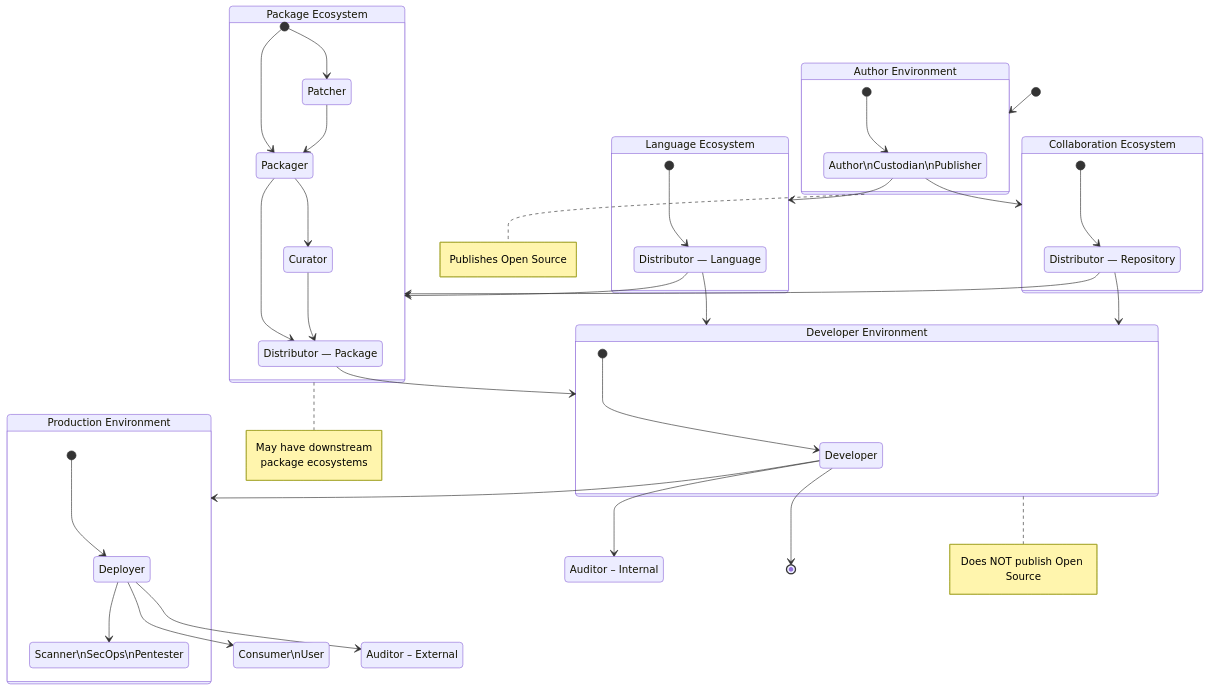
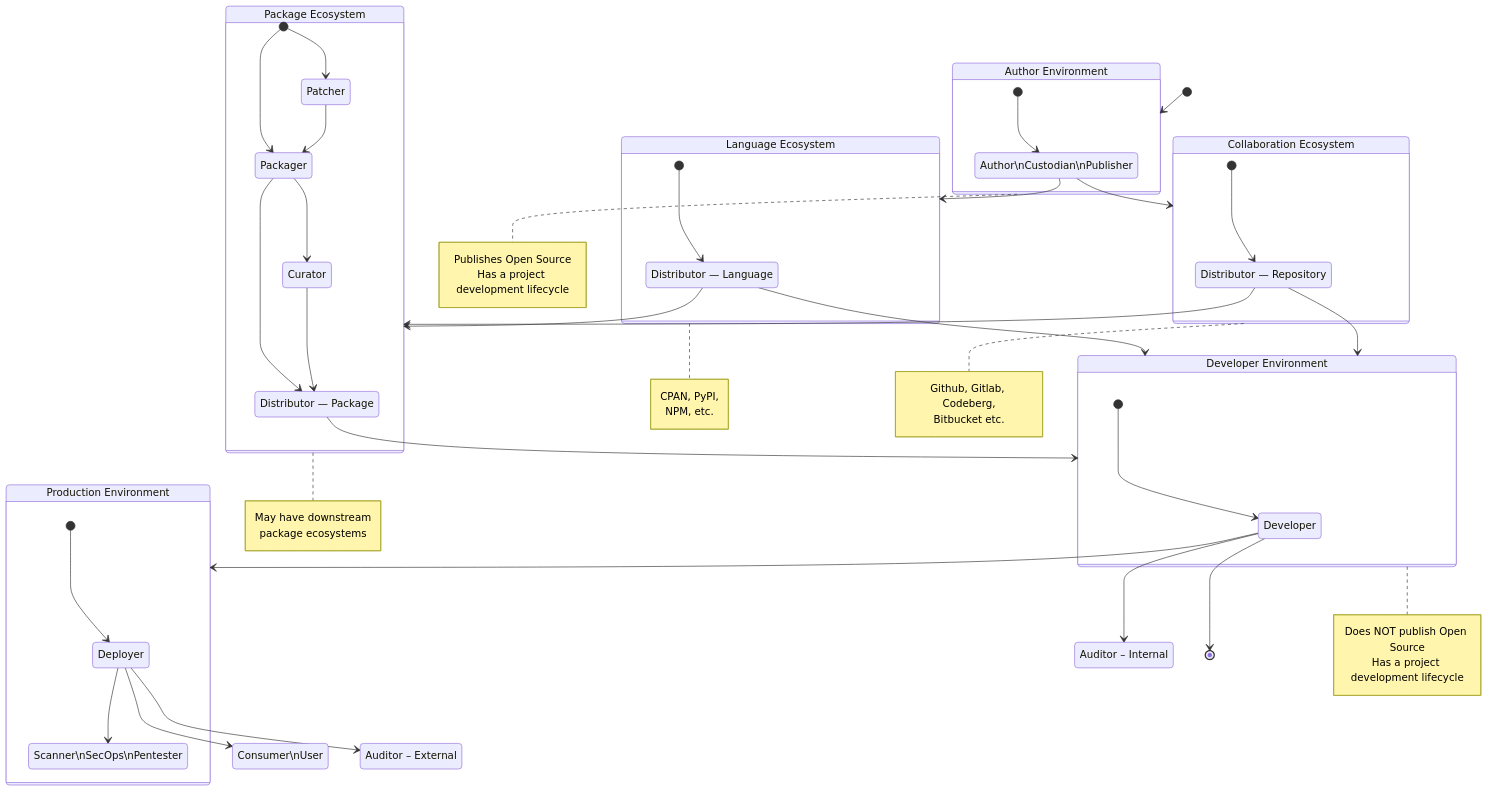
Before and after one commit to CPAN-Security/security.metacpan.org: the diagram in sbom/README.md, drawn with Mermaid. The commit also changed other lines of this file, not shown here.

Commit message:
Add a few notes for the major stages

```diff
--- a/sbom/README.md
+++ b/sbom/README.md
@@ -39,65 +39,78 @@
     state "Auditor – Internal" as auditor_internal
     state "Auditor – External" as auditor_external
 
-	[*] --> ecosystem_author
+    [*] --> ecosystem_author
 
-	state "Author Environment" as ecosystem_author {
-    	[*] --> author
+    state "Author Environment" as ecosystem_author {
+        [*] --> author
     }
 
     author --> ecosystem_repo
     author --> ecosystem_lang
 
-	note right of ecosystem_author
-		Publishes Open Source
-	end note
+    note right of ecosystem_author
+        Publishes Open Source
+        Has a project development lifecycle
+    end note
 
     state "Language Ecosystem" as ecosystem_lang {
-    	[*] --> distributor_lang
+        [*] --> distributor_lang
     }
 
-	distributor_lang --> ecosystem_developer
-	distributor_lang --> ecosystem_package
+    distributor_lang --> ecosystem_developer
+    distributor_lang --> ecosystem_package
 
-	state "Collaboration Ecosystem" as ecosystem_repo {
-		[*] --> distributor_repo
-	}
+    note right of ecosystem_lang
+        CPAN, PyPI,
+        NPM, etc.
+    end note
 
-   	distributor_repo --> ecosystem_package
+    state "Collaboration Ecosystem" as ecosystem_repo {
+        [*] --> distributor_repo
+    }
+
+    distributor_repo --> ecosystem_package
     distributor_repo --> ecosystem_developer
 
-	state "Package Ecosystem" as ecosystem_package {
-		[*] --> patcher
-		[*] --> packager
-    	patcher --> packager
-    	packager --> curator
-    	packager --> distributor_package
-    	curator --> distributor_package
-	}
+    note right of ecosystem_repo
+        Github, Gitlab, Codeberg,
+        Bitbucket etc.
+    end note
 
-	note right of ecosystem_package
-		May have downstream
-		package ecosystems
-	end note
+    state "Package Ecosystem" as ecosystem_package {
+        [*] --> patcher
+        [*] --> packager
+        patcher --> packager
+        packager --> curator
+        packager --> distributor_package
+        curator --> distributor_package
+    }
+
+    note right of ecosystem_package
+        May have downstream
+        package ecosystems
+    end note
 
     distributor_package --> ecosystem_developer
 
-	state "Developer Environment" as ecosystem_developer {
-		[*] --> developer
-	}
+    state "Developer Environment" as ecosystem_developer {
+        [*] --> developer
+    }
 
-	note right of ecosystem_developer
-		Does NOT publish Open Source
-	end note
+    note right of ecosystem_developer
+        Does NOT publish Open Source
+        Has a project development lifecycle
 
-	developer --> auditor_internal
+    end note
+
+    developer --> auditor_internal
     developer --> ecosystem_prod
     developer --> [*]
 
-	state "Production Environment" as ecosystem_prod {
-		[*] --> deployer
-    	deployer --> scanner
-	}
+    state "Production Environment" as ecosystem_prod {
+        [*] --> deployer
+        deployer --> scanner
+    }
 
     deployer --> consumer
     deployer --> auditor_external
```
